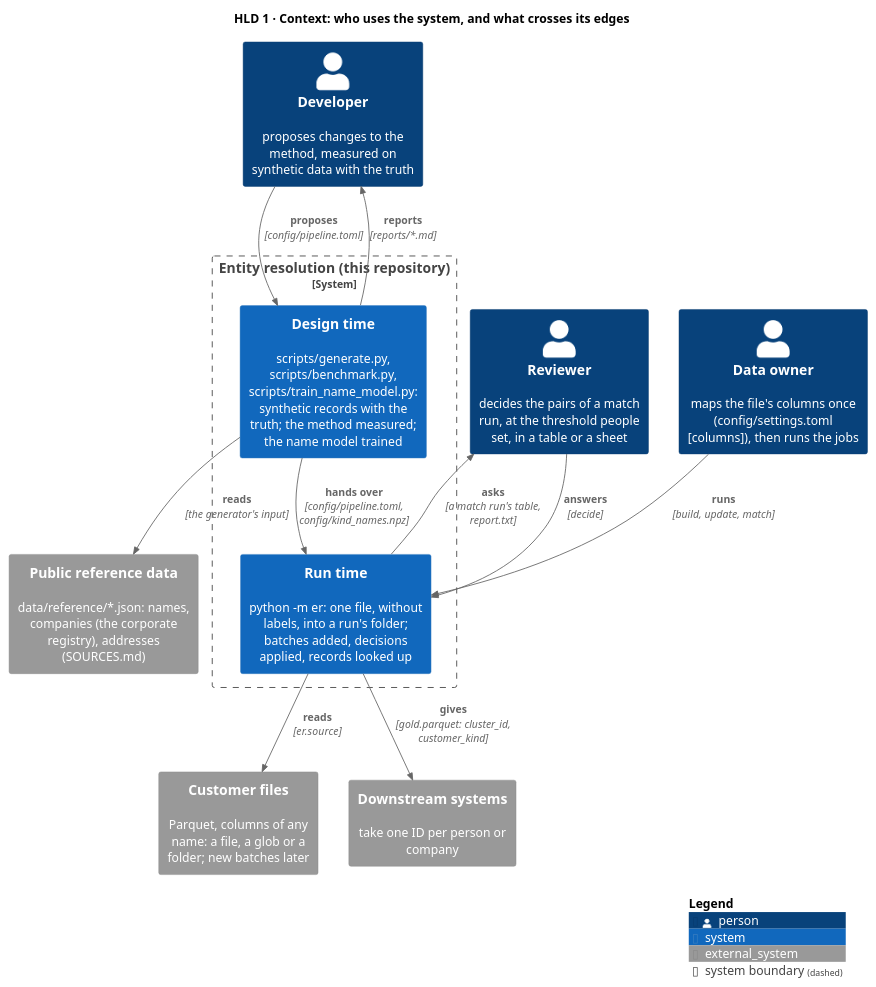
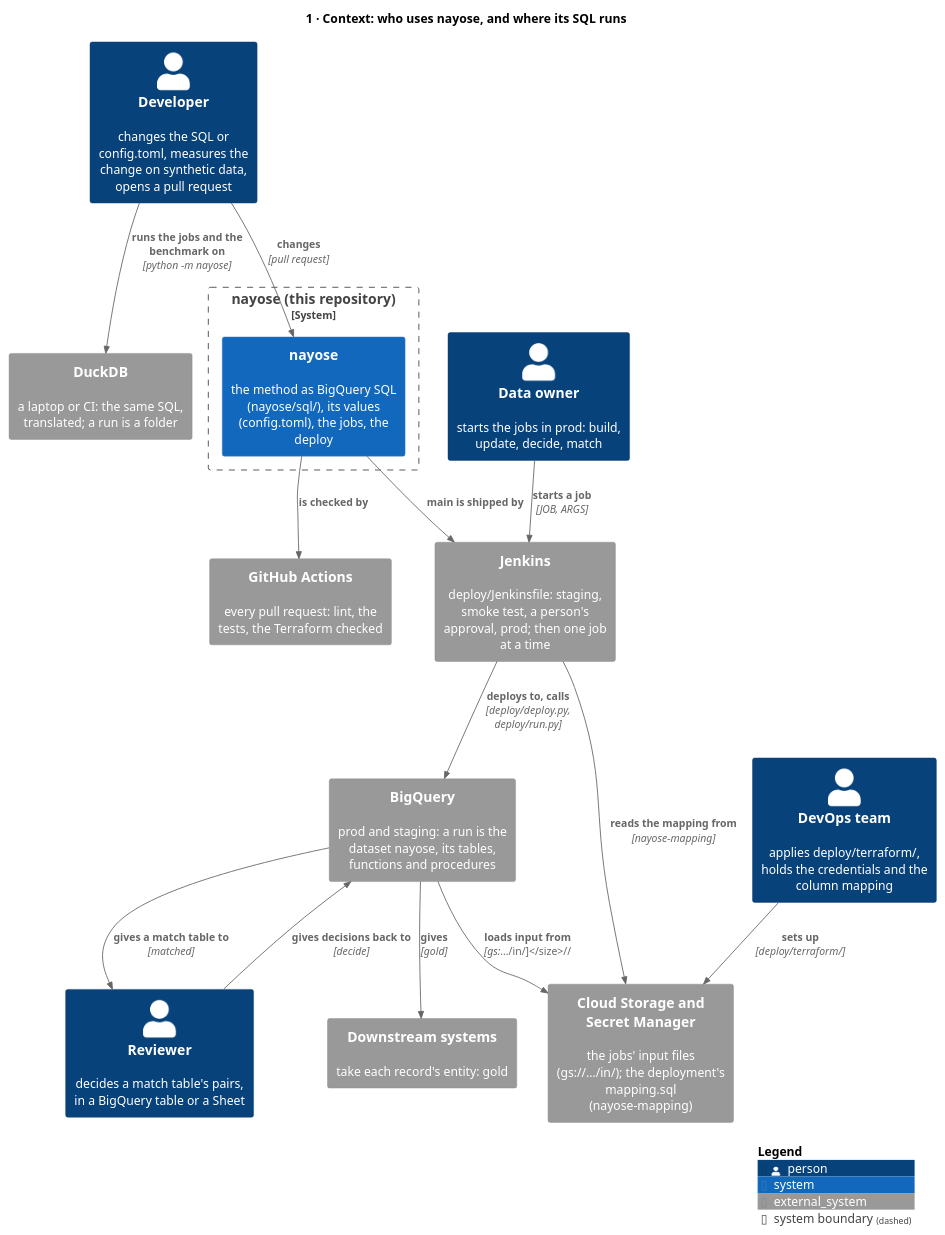
One commit to mvsbm/entity_matching changed the diagram in docs/diagrams/context.puml. Above: the diagram before and after it, drawn with PlantUML. The commit also changed 49 other files, not shown here.

```diff
--- a/docs/diagrams/context.puml
+++ b/docs/diagrams/context.puml
@@ -1,30 +1,36 @@
 @startuml context
 !include <C4/C4_Context>
 LAYOUT_TOP_DOWN()
 HIDE_STEREOTYPE()
-title HLD 1 · Context: who uses the system, and what crosses its edges
+title 1 · Context: who uses nayose, and where its SQL runs
 
-Person(owner, "Data owner", "maps the file's columns once (config/settings.toml [columns]), then runs the jobs")
-Person(reviewer, "Reviewer", "decides the pairs of a match run, at the threshold people set, in a table or a sheet")
-Person(developer, "Developer", "proposes changes to the method, measured on synthetic data with the truth")
+Person(developer, "Developer", "changes the SQL or config.toml, measures the change on synthetic data, opens a pull request")
+Person(owner, "Data owner", "starts the jobs in prod: build, update, decide, match")
+Person(reviewer, "Reviewer", "decides a match table's pairs, in a BigQuery table or a Sheet")
+Person(devops, "DevOps team", "applies deploy/terraform/, holds the credentials and the column mapping")
 
-System_Ext(files, "Customer files", "Parquet, columns of any name: a file, a glob or a folder; new batches later")
-System_Ext(reference, "Public reference data", "data/reference/*.json: names, companies (the corporate registry), addresses (SOURCES.md)")
-System_Ext(downstream, "Downstream systems", "take one ID per person or company")
-
-System_Boundary(er, "Entity resolution (this repository)") {
-  System(runtime, "Run time", "python -m er: one file, without labels, into a run's folder; batches added, decisions applied, records looked up")
-  System(design, "Design time", "scripts/generate.py, scripts/benchmark.py, scripts/train_name_model.py: synthetic records with the truth; the method measured; the name model trained")
+System_Boundary(repo, "nayose (this repository)") {
+  System(nayose, "nayose", "the method as BigQuery SQL (nayose/sql/), its values (config.toml), the jobs, the deploy")
 }
 
-Rel(owner, runtime, "runs", "build, update, match")
-Rel(runtime, files, "reads", "er.source")
-Rel(design, reference, "reads", "the generator's input")
-Rel(developer, design, "proposes", "config/pipeline.toml")
-Rel(design, developer, "reports", "reports/*.md")
-Rel(design, runtime, "hands over", "config/pipeline.toml, config/kind_names.npz")
-Rel(runtime, reviewer, "asks", "a match run's table, report.txt")
-Rel(reviewer, runtime, "answers", "decide")
-Rel(runtime, downstream, "gives", "gold.parquet: cluster_id, customer_kind")
+System_Ext(github, "GitHub Actions", "every pull request: lint, the tests, the Terraform checked")
+System_Ext(jenkins, "Jenkins", "deploy/Jenkinsfile: staging, smoke test, a person's approval, prod; then one job at a time")
+System_Ext(bigquery, "BigQuery", "prod and staging: a run is the dataset nayose, its tables, functions and procedures")
+System_Ext(storage, "Cloud Storage and Secret Manager", "the jobs' input files (gs://…/in/); the deployment's mapping.sql (nayose-mapping)")
+System_Ext(duckdb, "DuckDB", "a laptop or CI: the same SQL, translated; a run is a folder")
+System_Ext(downstream, "Downstream systems", "take each record's entity: gold")
+
+Rel(developer, nayose, "changes", "pull request")
+Rel(nayose, github, "is checked by")
+Rel(developer, duckdb, "runs the jobs and the benchmark on", "python -m nayose")
+Rel(nayose, jenkins, "main is shipped by")
+Rel(owner, jenkins, "starts a job", "JOB, ARGS")
+Rel(devops, storage, "sets up", "deploy/terraform/")
+Rel(jenkins, bigquery, "deploys to, calls", "deploy/deploy.py, deploy/run.py")
+Rel(bigquery, storage, "loads input from", "gs://…/in/")
+Rel(jenkins, storage, "reads the mapping from", "nayose-mapping")
+Rel(bigquery, reviewer, "gives a match table to", "matched")
+Rel(reviewer, bigquery, "gives decisions back to", "decide")
+Rel(bigquery, downstream, "gives", "gold")
 SHOW_LEGEND()
 @enduml
```
